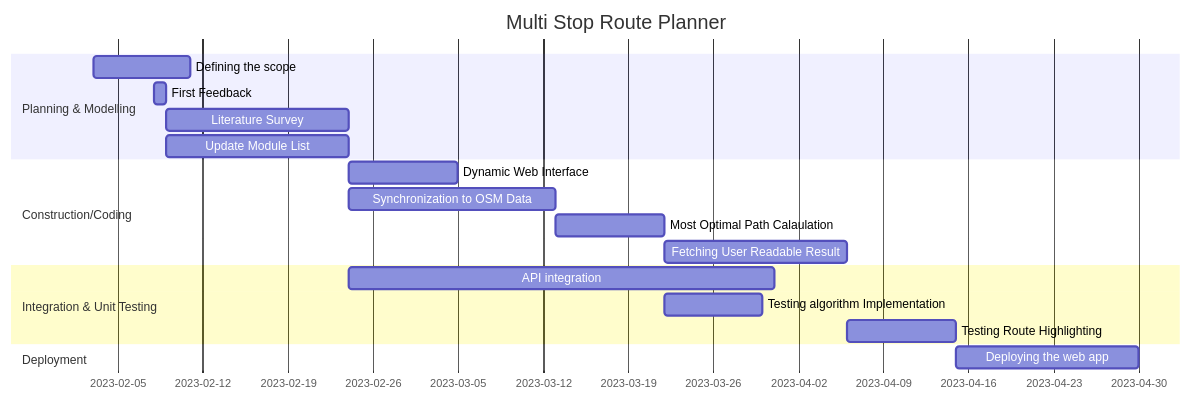
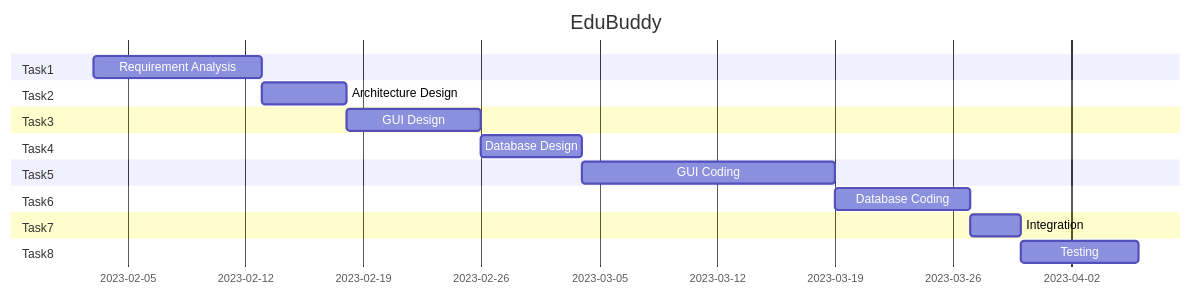
Before and after one commit to bholebaba0135/Destiny-Defined_TARP: the second of 8 diagrams in README.md, drawn with Mermaid.

````diff
--- a/README.md
+++ b/README.md
@@ -45,23 +45,23 @@
 ```mermaid
 gantt
 
-title Multi Stop Route Planner
+title EduBuddy
 dateFormat DD-MM-YYYY
-section Planning & Modelling
-Defining the scope :a1, 03-02-2023, 8d
-First Feedback :a2, 08-02-2023, 1d
-Literature Survey :after a2, 15d
-Update Module List :09-02-2023, 15d
-section Construction/Coding
-Dynamic Web Interface :24-02-2023, 9d
-Synchronization to OSM Data :a3, 24-02-2023, 17d
-Most Optimal Path Calaulation :a4, after a3, 9d
-Fetching User Readable Result: a6, after a4, 15d
-section Integration & Unit Testing
-API integration: a5, 24-02-2023, 35d
-Testing algorithm Implementation: after a4, 8d
-Testing Route Highlighting: a7, after a6, 9d
-section Deployment
-Deploying the web app: after a7, 15d
+section Task1
+Requirement Analysis :a1, 03-02-2023, 10d
+section Task2
+Architecture Design :a2,after a1, 5d
+section Task3
+GUI Design: a3,after a2, 8d
+section Task4
+Database Design: a4, after a3, 6d
+section Task5
+GUI Coding: a5, after a4, 15d
+section Task6
+Database Coding: a6,after a5, 8d
+section Task7
+Integration: a7, after a6, 3d
+section Task8
+Testing:a8, after a7, 7d
 
 ```
````
